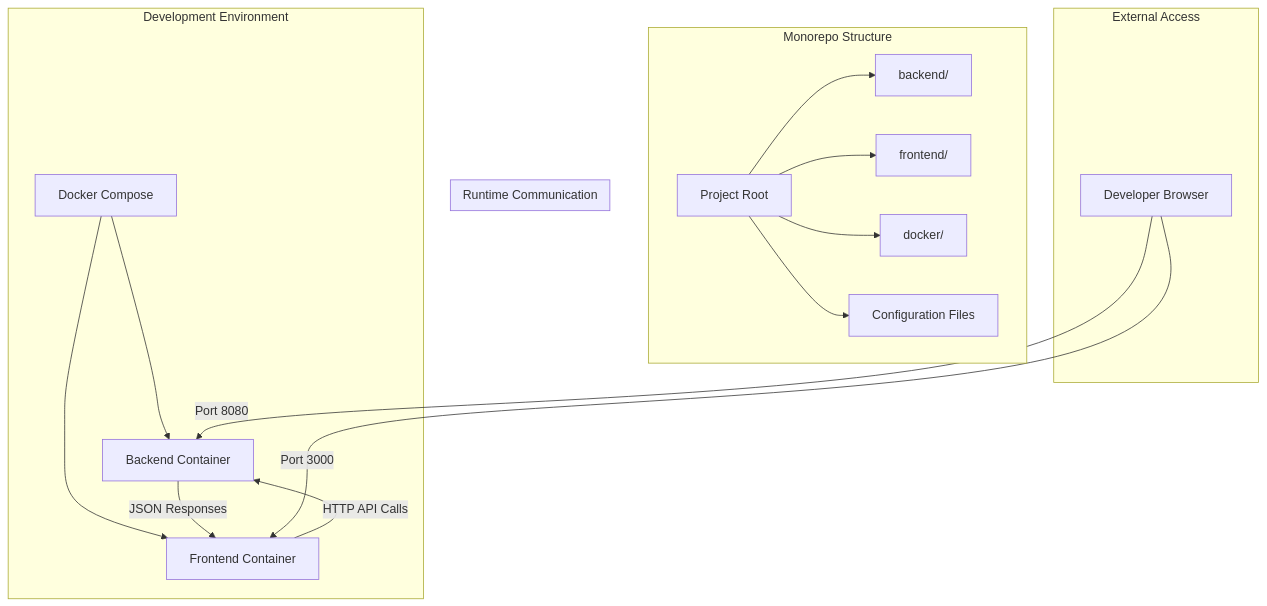
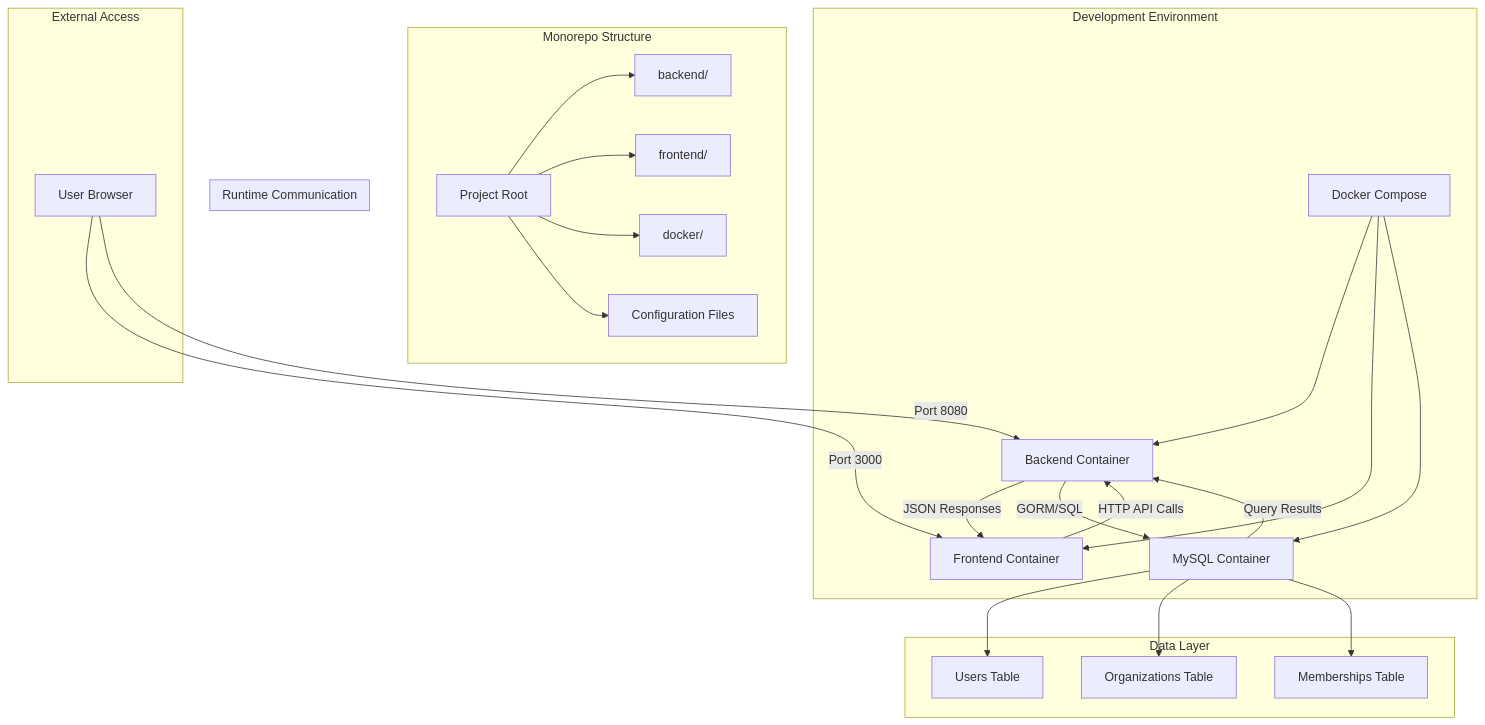
Before and after one commit to shaharby7/tmember: the diagram in .kiro/specs/tmember-monorepo/design.md, drawn with Mermaid. The commit also changed other lines of this file and 36 other files, not shown here.

Commit message:
feat(users): :sparkles: backend users, organizatoins and memberships

````diff
--- a/.kiro/specs/tmember-monorepo/design.md
+++ b/.kiro/specs/tmember-monorepo/design.md
@@ -13,27 +13,36 @@
 ```mermaid
 graph TB
     subgraph "Development Environment"
         DC[Docker Compose]
         DC --> BE[Backend Container]
         DC --> FE[Frontend Container]
+        DC --> DB[MySQL Container]
     end
     
     subgraph "Monorepo Structure"
         ROOT[Project Root]
         ROOT --> BACKEND[backend/]
         ROOT --> FRONTEND[frontend/]
         ROOT --> DOCKER[docker/]
         ROOT --> CONFIG[Configuration Files]
     end
     
     subgraph "Runtime Communication"
         FE --> |HTTP API Calls| BE
         BE --> |JSON Responses| FE
+        BE --> |GORM/SQL| DB
+        DB --> |Query Results| BE
     end
     
     subgraph "External Access"
-        USER[Developer Browser]
+        USER[User Browser]
         USER --> |Port 3000| FE
         USER --> |Port 8080| BE
     end
+    
+    subgraph "Data Layer"
+        DB --> USERS[Users Table]
+        DB --> ORGS[Organizations Table]
+        DB --> MEMBERSHIPS[Memberships Table]
+    end
 ```
````
